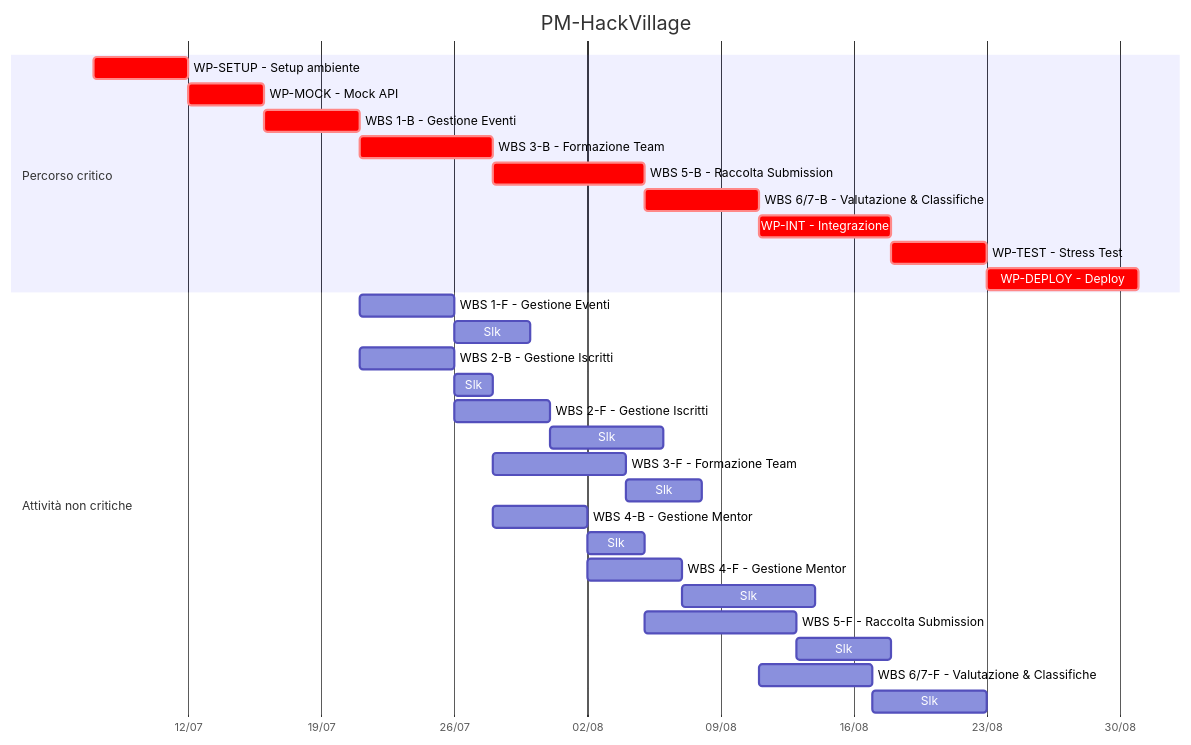
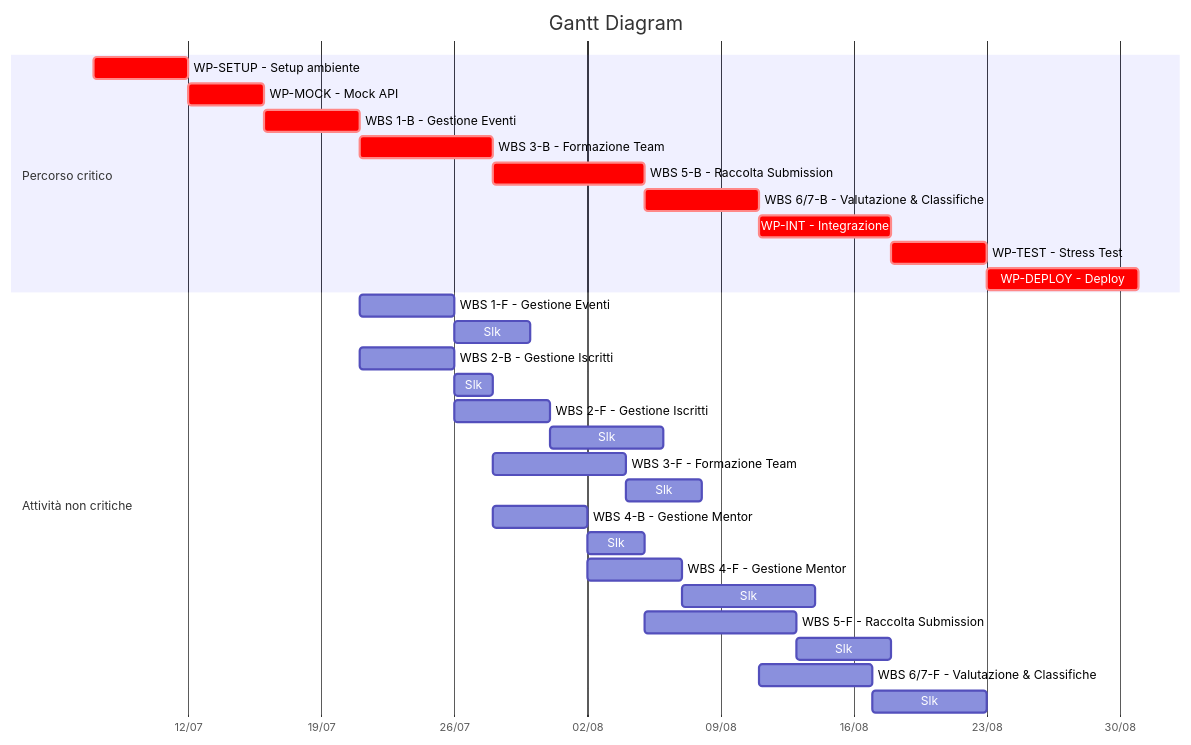
The diagram in report/planning/deliverables/Gantt.md (floyddc/PM-HackVillage), drawn with Mermaid before and after one commit. The commit also changed other lines of this file and 1 other file, not shown here.

````diff
--- a/report/planning/deliverables/Gantt.md
+++ b/report/planning/deliverables/Gantt.md
@@ -9,42 +12,42 @@
 ```mermaid
 gantt
-    title PM-HackVillage
+    title Gantt Diagram
     dateFormat YYYY-MM-DD
     axisFormat %d/%m
 
     section Percorso critico
     WP-SETUP - Setup ambiente                 :crit, setup, 2026-07-07, 5d
     WP-MOCK - Mock API                        :crit, mock, after setup, 4d
     WBS 1-B - Gestione Eventi                  :crit, wbs1b, after mock, 5d
     WBS 3-B - Formazione Team                    :crit, wbs3b, after wbs1b, 7d
     WBS 5-B - Raccolta Submission              :crit, wbs5b, after wbs3b, 8d
     WBS 6/7-B - Valutazione & Classifiche           :crit, wbs67b, after wbs5b, 6d
     WP-INT - Integrazione                     :crit, integ, after wbs67b, 7d
     WP-TEST - Stress Test                     :crit, test, after integ, 5d
     WP-DEPLOY - Deploy                        :crit, deploy, after test, 8d
 
     section Attività non critiche
     WBS 1-F - Gestione Eventi                 :wbs1f, after wbs1b, 5d
     Slk                             :slack1f, after wbs1f, 4d
 
     WBS 2-B - Gestione Iscritti                :wbs2b, after wbs1b, 5d
     Slk                             :slack2b, after wbs2b, 2d
 
     WBS 2-F - Gestione Iscritti               :wbs2f, after wbs2b, 5d
     Slk                             :slack2f, after wbs2f, 6d
 
     WBS 3-F - Formazione Team                   :wbs3f, after wbs3b, 7d
     Slk                             :slack3f, after wbs3f, 4d
 
     WBS 4-B - Gestione Mentor                  :wbs4b, after wbs3b, 5d
     Slk                             :slack4b, after wbs4b, 3d
 
     WBS 4-F - Gestione Mentor                 :wbs4f, after wbs4b, 5d
     Slk                            :slack4f, after wbs4f, 7d
 
     WBS 5-F - Raccolta Submission             :wbs5f, after wbs5b, 8d
     Slk                             :slack5f, after wbs5f, 5d
 
     WBS 6/7-F - Valutazione & Classifiche          :wbs67f, after wbs67b, 6d
     Slk                           :slack67f, after wbs67f, 6d
 ```
````
